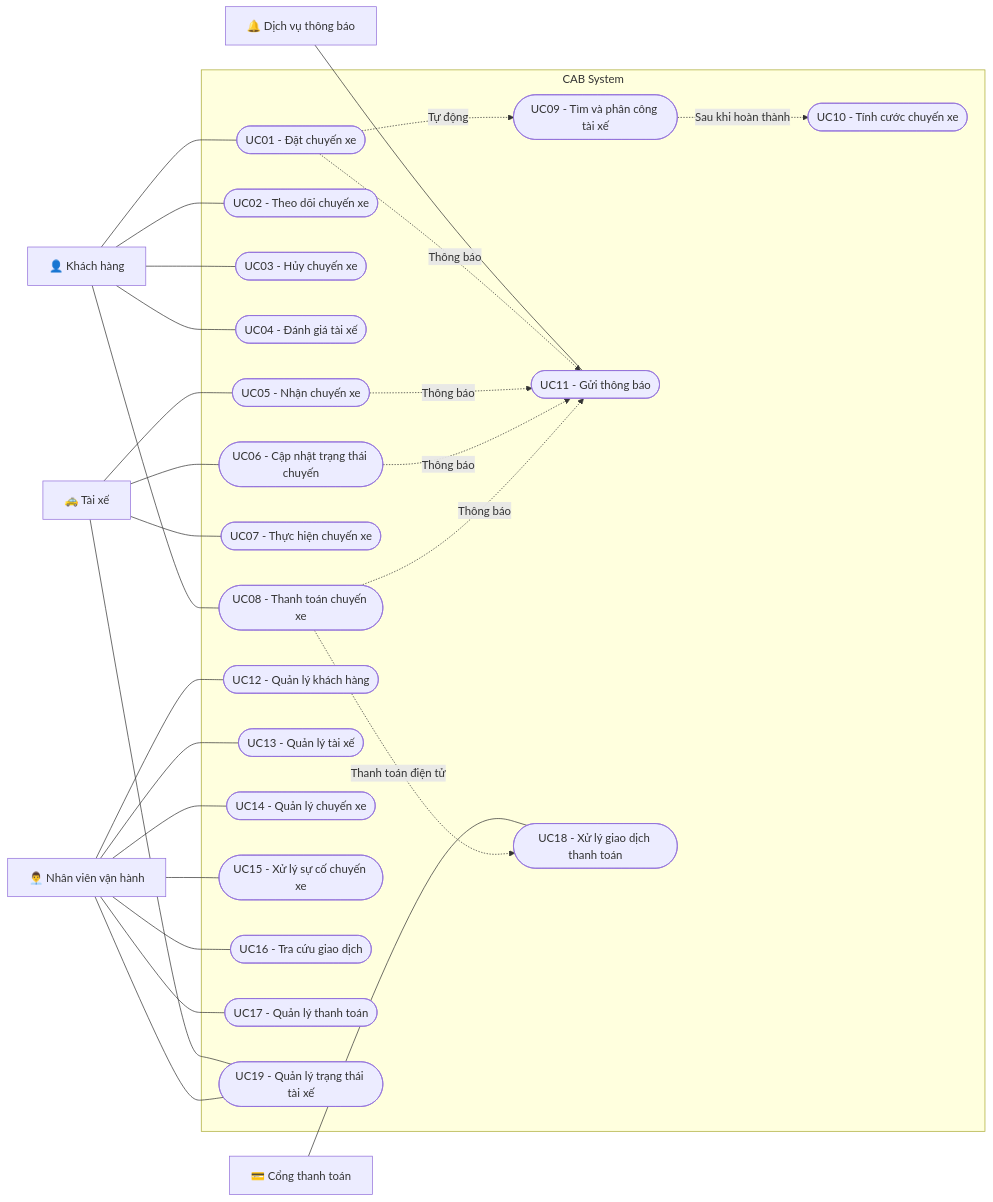
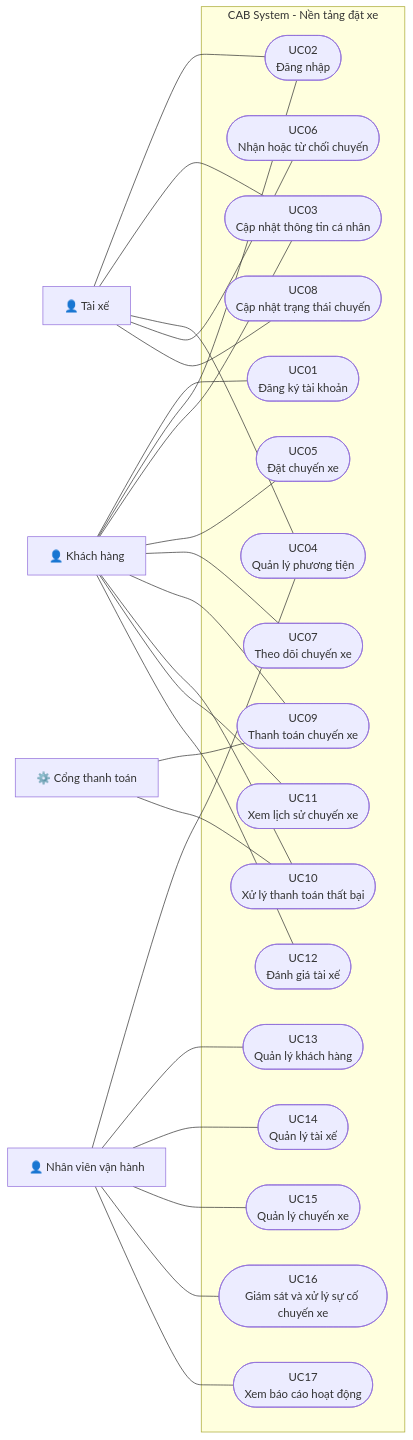
The third of 3 diagrams in srs.md (LyThu310/23642781_LyThiAnhThu_cabsystem), drawn with Mermaid before and after one commit. The commit also changed other lines of this file, not shown here.

````diff
--- a/srs.md
+++ b/srs.md
@@ -398,64 +457,56 @@
 ```mermaid
 flowchart LR
 
     KH["👤 Khách hàng"]
-    TX["🚕 Tài xế"]
-    NV["👨‍💼 Nhân viên vận hành"]
-    CT["💳 Cổng thanh toán"]
-    TB["🔔 Dịch vụ thông báo"]
+    TX["👤 Tài xế"]
+    NV["👤 Nhân viên vận hành"]
+    CP["⚙️ Cổng thanh toán"]
 
-    subgraph CAB["CAB System"]
+    subgraph CAB["CAB System - Nền tảng đặt xe"]
 
-        UC01(["UC01 - Đặt chuyến xe"])
-        UC02(["UC02 - Theo dõi chuyến xe"])
-        UC03(["UC03 - Hủy chuyến xe"])
-        UC04(["UC04 - Đánh giá tài xế"])
-        UC05(["UC05 - Nhận chuyến xe"])
-        UC06(["UC06 - Cập nhật trạng thái chuyến"])
-        UC07(["UC07 - Thực hiện chuyến xe"])
-        UC08(["UC08 - Thanh toán chuyến xe"])
-        UC09(["UC09 - Tìm và phân công tài xế"])
-        UC10(["UC10 - Tính cước chuyến xe"])
-        UC11(["UC11 - Gửi thông báo"])
-        UC12(["UC12 - Quản lý khách hàng"])
-        UC13(["UC13 - Quản lý tài xế"])
-        UC14(["UC14 - Quản lý chuyến xe"])
-        UC15(["UC15 - Xử lý sự cố chuyến xe"])
-        UC16(["UC16 - Tra cứu giao dịch"])
-        UC17(["UC17 - Quản lý thanh toán"])
-        UC18(["UC18 - Xử lý giao dịch thanh toán"])
-        UC19(["UC19 - Quản lý trạng thái tài xế"])
+        UC01(["UC01<br/>Đăng ký tài khoản"])
+        UC02(["UC02<br/>Đăng nhập"])
+        UC03(["UC03<br/>Cập nhật thông tin cá nhân"])
+        UC04(["UC04<br/>Quản lý phương tiện"])
+        UC05(["UC05<br/>Đặt chuyến xe"])
+        UC06(["UC06<br/>Nhận hoặc từ chối chuyến"])
+        UC07(["UC07<br/>Theo dõi chuyến xe"])
+        UC08(["UC08<br/>Cập nhật trạng thái chuyến"])
+        UC09(["UC09<br/>Thanh toán chuyến xe"])
+        UC10(["UC10<br/>Xử lý thanh toán thất bại"])
+        UC11(["UC11<br/>Xem lịch sử chuyến xe"])
+        UC12(["UC12<br/>Đánh giá tài xế"])
+        UC13(["UC13<br/>Quản lý khách hàng"])
+        UC14(["UC14<br/>Quản lý tài xế"])
+        UC15(["UC15<br/>Quản lý chuyến xe"])
+        UC16(["UC16<br/>Giám sát và xử lý sự cố chuyến xe"])
+        UC17(["UC17<br/>Xem báo cáo hoạt động"])
 
     end
 
     KH --- UC01
     KH --- UC02
     KH --- UC03
-    KH --- UC04
-    KH --- UC08
+    KH --- UC05
+    KH --- UC07
+    KH --- UC09
+    KH --- UC10
+    KH --- UC11
+    KH --- UC12
 
-    TX --- UC05
+    TX --- UC02
+    TX --- UC03
+    TX --- UC04
     TX --- UC06
-    TX --- UC07
-    TX --- UC19
+    TX --- UC08
 
-    NV --- UC12
+    NV --- UC04
     NV --- UC13
     NV --- UC14
     NV --- UC15
     NV --- UC16
     NV --- UC17
-    NV --- UC19
 
-    CT --- UC18
-
-    TB --- UC11
-
-    UC01 -.->|Tự động| UC09
-    UC09 -.->|Sau khi hoàn thành| UC10
-    UC08 -.->|Thanh toán điện tử| UC18
-    UC01 -.->|Thông báo| UC11
-    UC05 -.->|Thông báo| UC11
-    UC06 -.->|Thông báo| UC11
-    UC08 -.->|Thông báo| UC11
+    CP --- UC09
+    CP --- UC10
 ```
````
